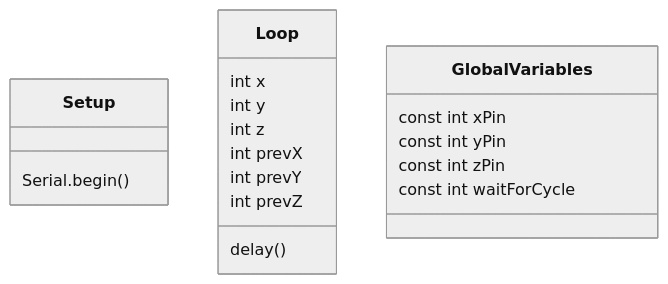
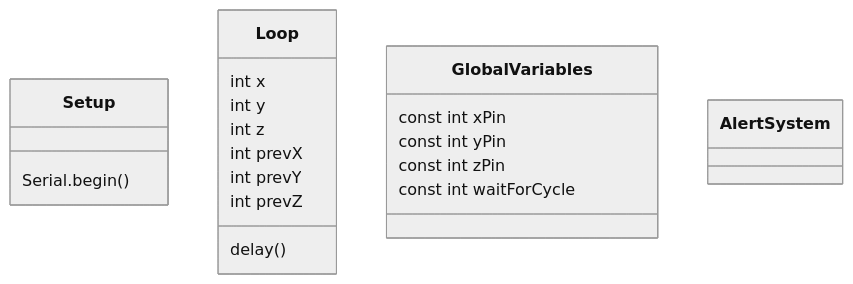
Before and after one commit to bczuniga/CS530-Laundry-Timer: the diagram in UML Diagram.md, drawn with Mermaid (neutral theme).

Commit message:
Added alert system

````diff
--- a/UML Diagram.md
+++ b/UML Diagram.md
@@ -3,28 +3,31 @@
 ```mermaid
 classDiagram
 
     class Setup {
         Serial.begin()
 }
 
     class Loop {
         int x
         int y
         int z
         
         int prevX
         int prevY
         int prevZ
-        
+
         delay()
 
 }
 
     class GlobalVariables {
         const int xPin
         const int yPin
         const int zPin
         const int waitForCycle
 }
 
+    class AlertSystem {
+        
+}
 ```
````
